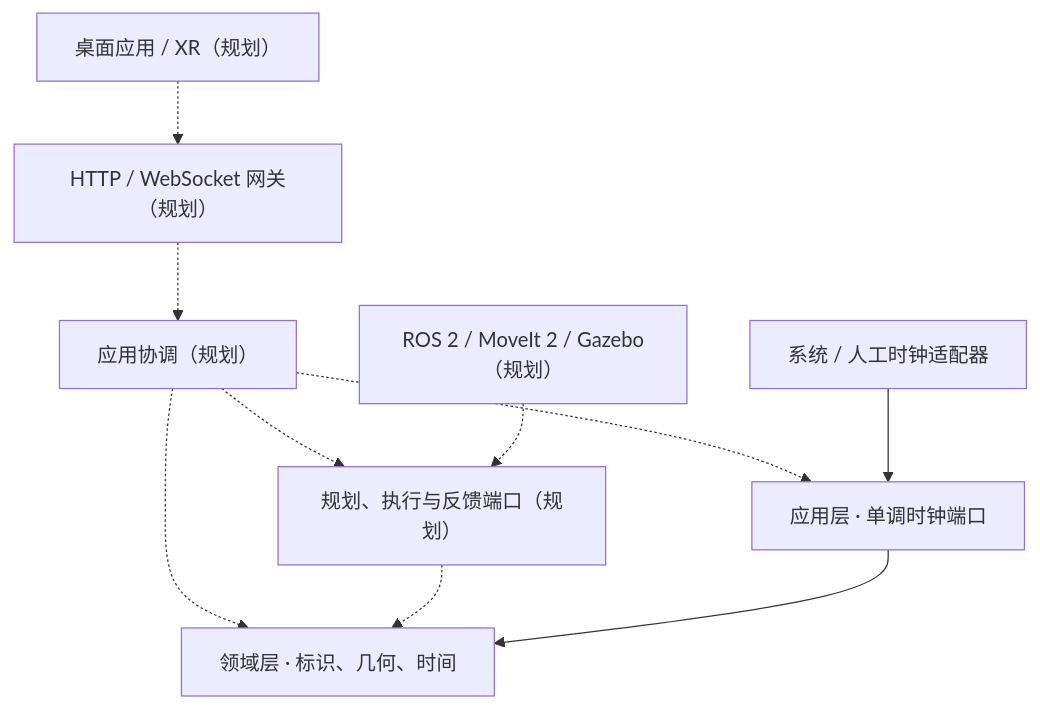
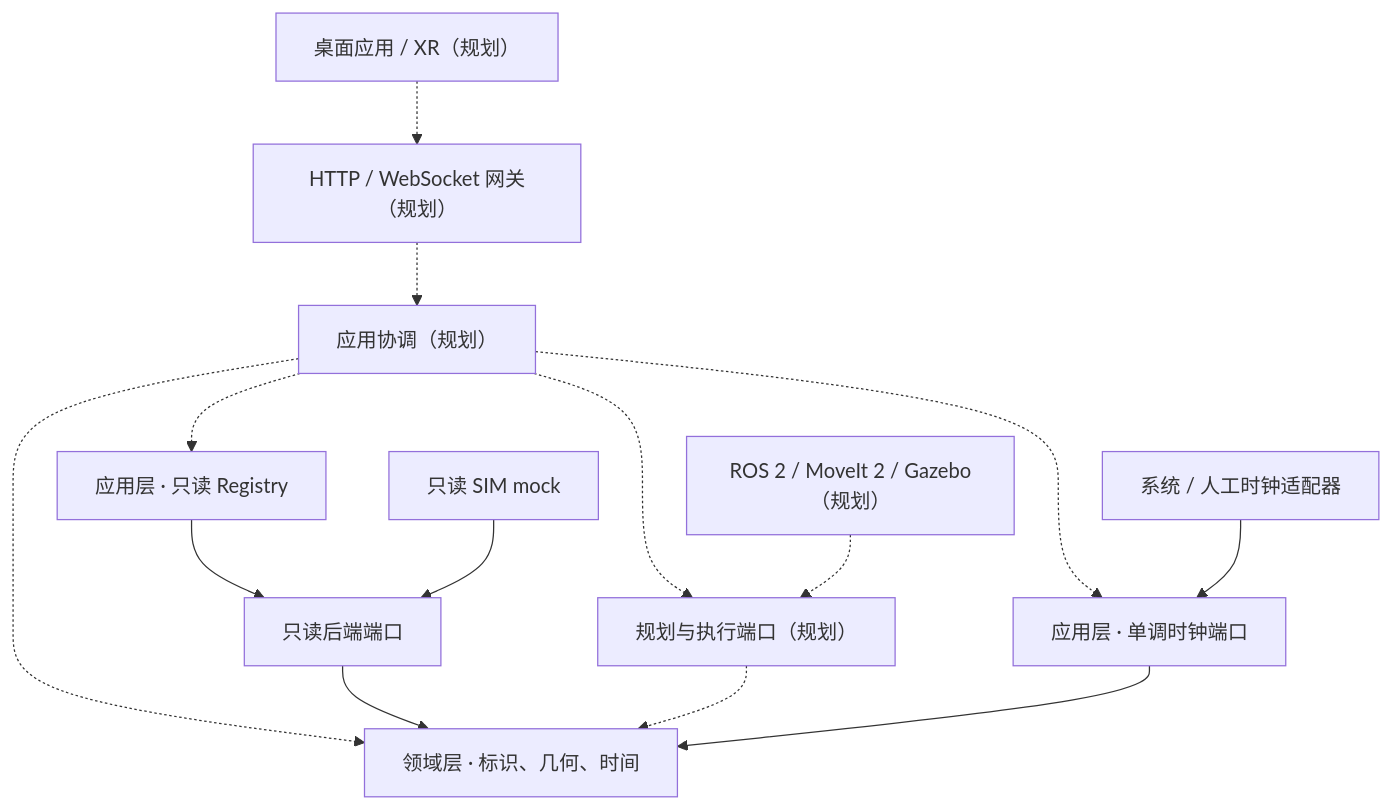
Before and after one commit to UyNewNas/Bot3D: the diagram in README.md, drawn with Mermaid. The commit also changed other lines of this file and 28 other files, not shown here.

First line of the commit message:
feat: complete DEV-M1-04 read-only registry and capabilities

````diff
--- a/README.md
+++ b/README.md
@@ -21,12 +21,16 @@
 ```mermaid
 flowchart TB
     Client["桌面应用 / XR（规划）"] -.-> Gateway["HTTP / WebSocket 网关（规划）"]
     Gateway -.-> Coordinator["应用协调（规划）"]
     Coordinator -.-> Domain["领域层 · 标识、几何、时间"]
-    Coordinator -.-> RobotPorts["规划、执行与反馈端口（规划）"]
+    Coordinator -.-> RobotPorts["规划与执行端口（规划）"]
+    Coordinator -.-> Registry["应用层 · 只读 Registry"]
     Coordinator -.-> ClockPort["应用层 · 单调时钟端口"]
+    Registry --> ReadPort["只读后端端口"]
+    ReadMock["只读 SIM mock"] --> ReadPort
+    ReadPort --> Domain
     RobotAdapters["ROS 2 / MoveIt 2 / Gazebo（规划）"] -.-> RobotPorts
     RobotPorts -.-> Domain
     ClockAdapters["系统 / 人工时钟适配器"] --> ClockPort
     ClockPort --> Domain
 ```
````
